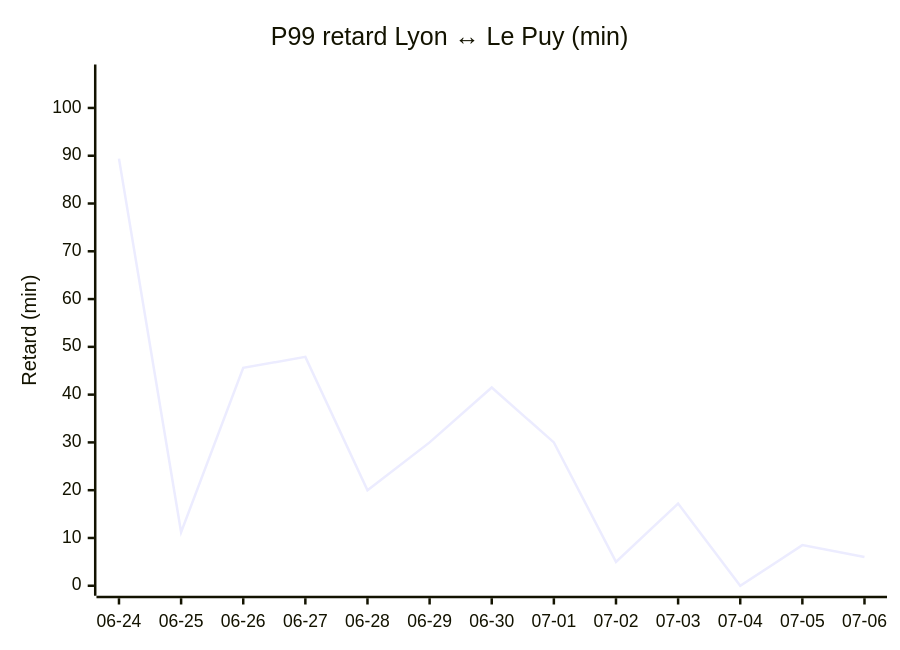
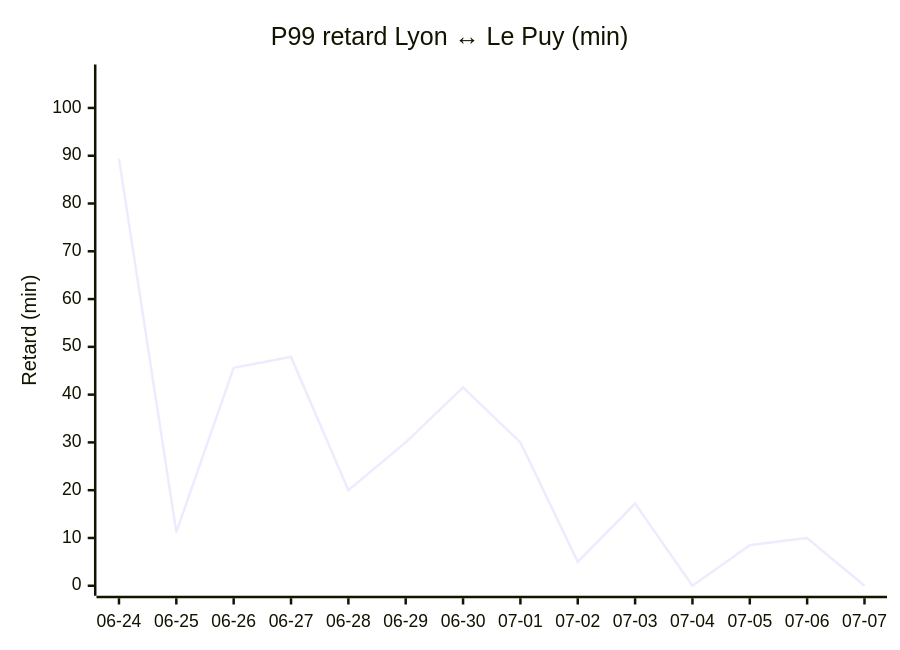
The fourth of 4 diagrams in STATS.md (antoinerep/horaire-ter), drawn with Mermaid before and after one commit. The commit also changed other lines of this file and 1 other file, not shown here.

````diff
--- a/STATS.md
+++ b/STATS.md
@@ -95,7 +96,7 @@
 ```mermaid
 xychart-beta
     title "P99 retard Lyon ↔ Le Puy (min)"
-    x-axis ["06-24", "06-25", "06-26", "06-27", "06-28", "06-29", "06-30", "07-01", "07-02", "07-03", "07-04", "07-05", "07-06"]
+    x-axis ["06-24", "06-25", "06-26", "06-27", "06-28", "06-29", "06-30", "07-01", "07-02", "07-03", "07-04", "07-05", "07-06", "07-07"]
     y-axis "Retard (min)" 0 --> 107
-    line [89.4, 11.2, 45.6, 47.9, 20.0, 30.0, 41.5, 30.0, 5.0, 17.2, 0.0, 8.5, 6.0]
+    line [89.4, 11.2, 45.6, 47.9, 20.0, 30.0, 41.5, 30.0, 5.0, 17.2, 0.0, 8.5, 10.0, 0.0]
 ```
````
